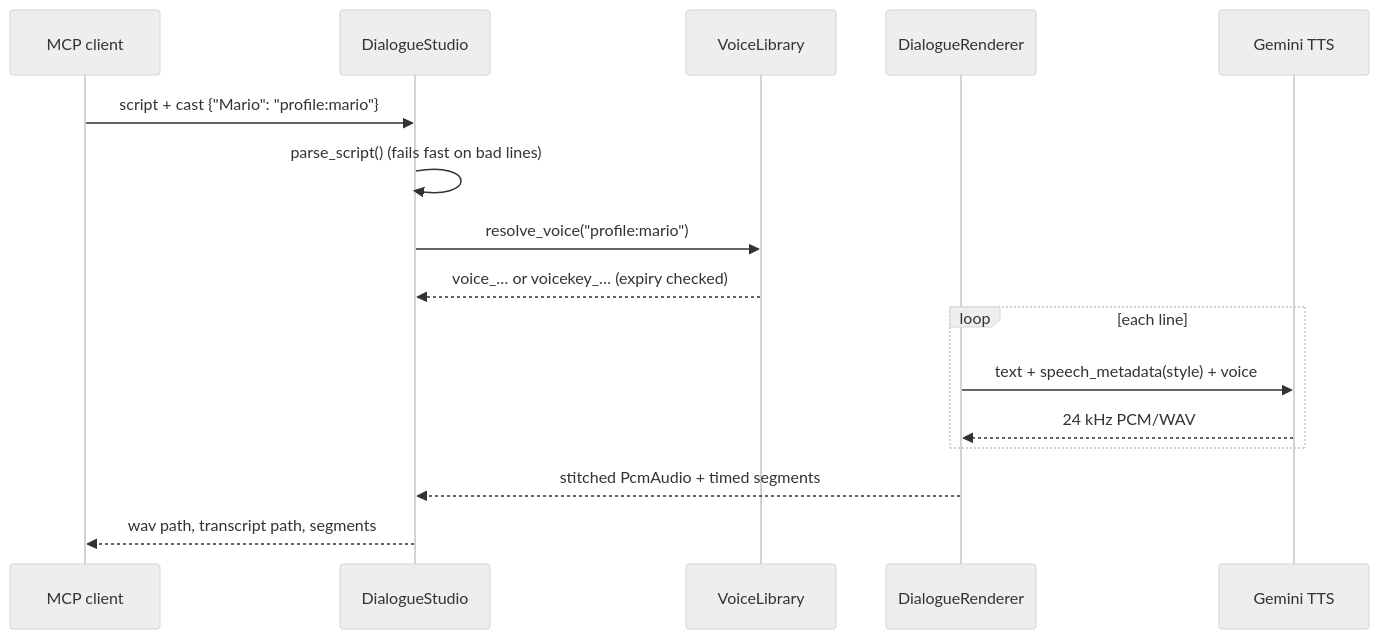
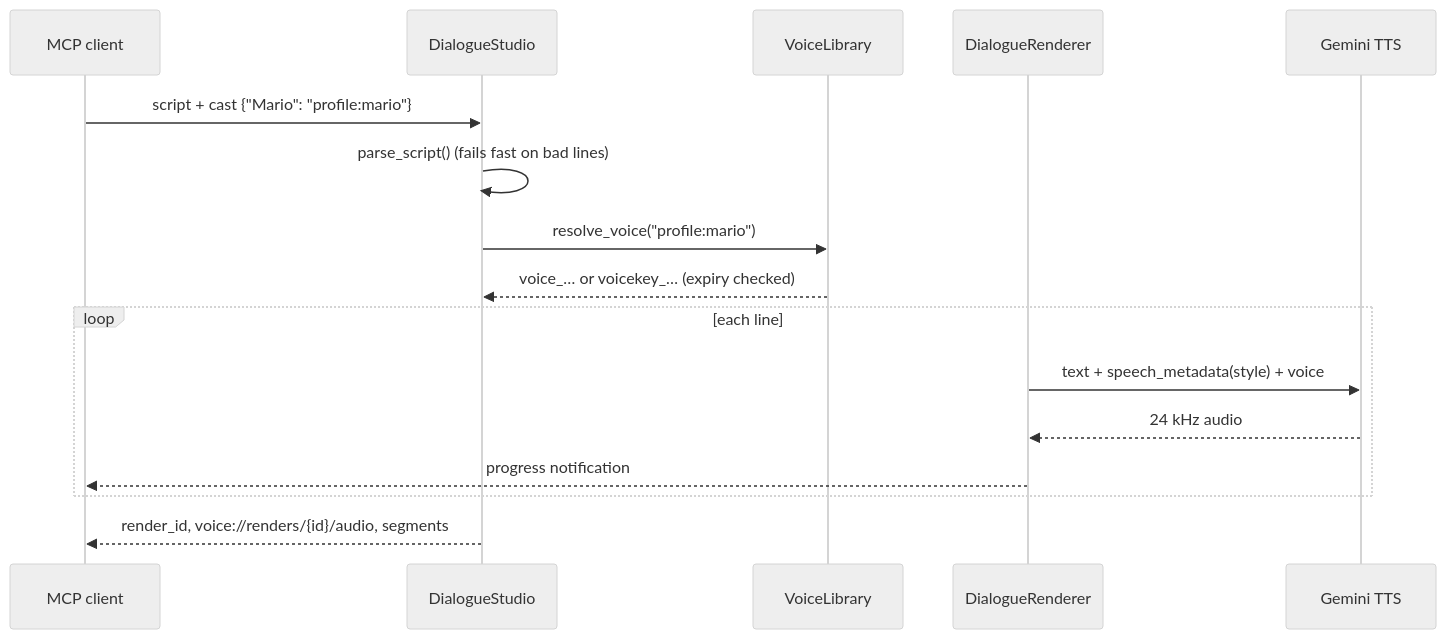
Before and after one commit to EmmanuelRTM/google-voice-creator: the third of 4 diagrams in docs/architecture.md, drawn with Mermaid (neutral theme). The commit also changed other lines of this file and 7 other files, not shown here.

````diff
--- a/docs/architecture.md
+++ b/docs/architecture.md
@@ -44,18 +76,18 @@
 ```mermaid
 sequenceDiagram
     participant C as MCP client
     participant S as DialogueStudio
     participant L as VoiceLibrary
     participant R as DialogueRenderer
     participant T as Gemini TTS
     C->>S: script + cast {"Mario": "profile:mario"}
     S->>S: parse_script() (fails fast on bad lines)
     S->>L: resolve_voice("profile:mario")
     L-->>S: voice_… or voicekey_… (expiry checked)
     loop each line
         R->>T: text + speech_metadata(style) + voice
-        T-->>R: 24 kHz PCM/WAV
+        T-->>R: 24 kHz audio
+        R-->>C: progress notification
     end
-    R-->>S: stitched PcmAudio + timed segments
-    S-->>C: wav path, transcript path, segments
+    S-->>C: render_id, voice://renders/{id}/audio, segments
 ```
````
